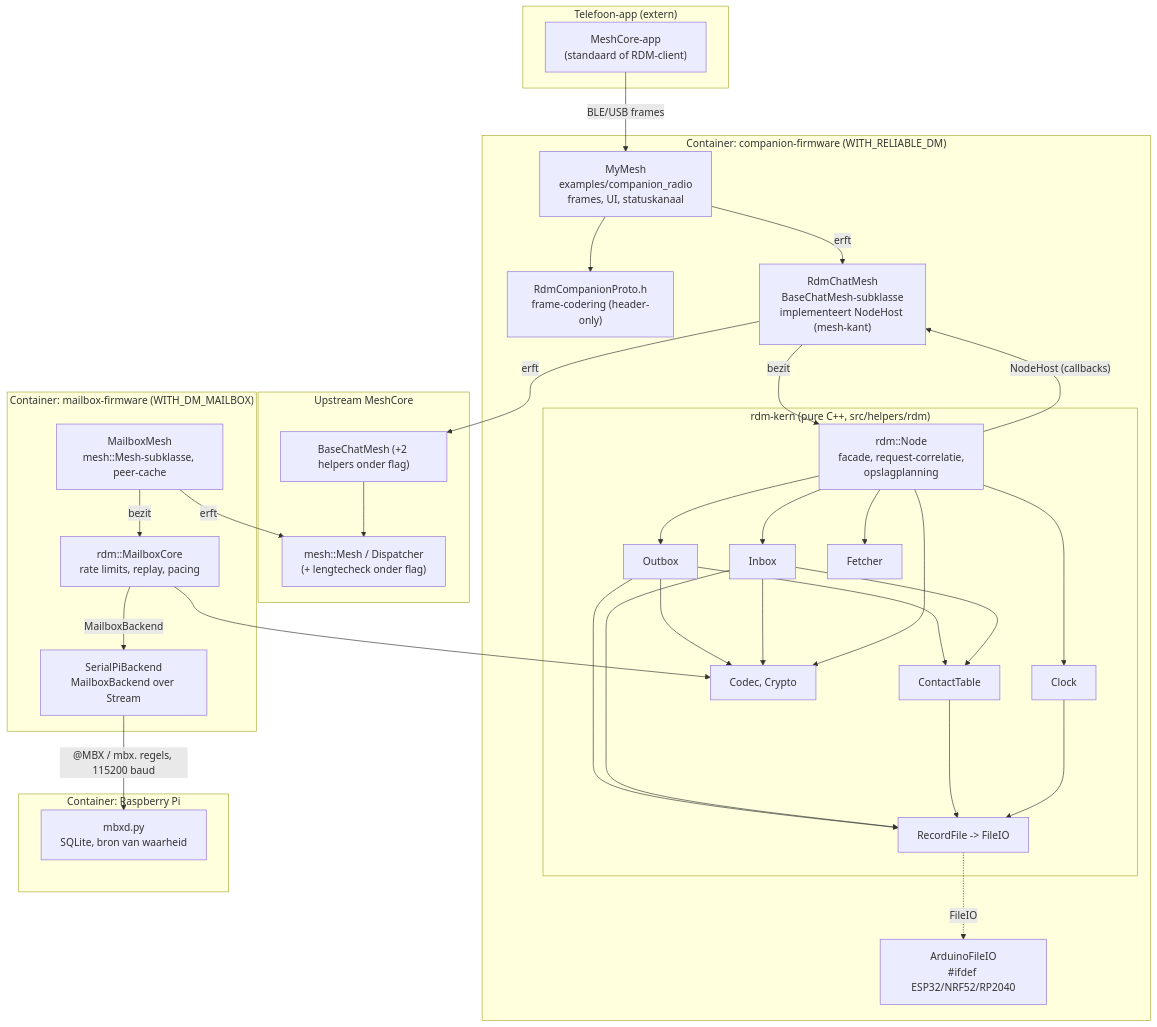
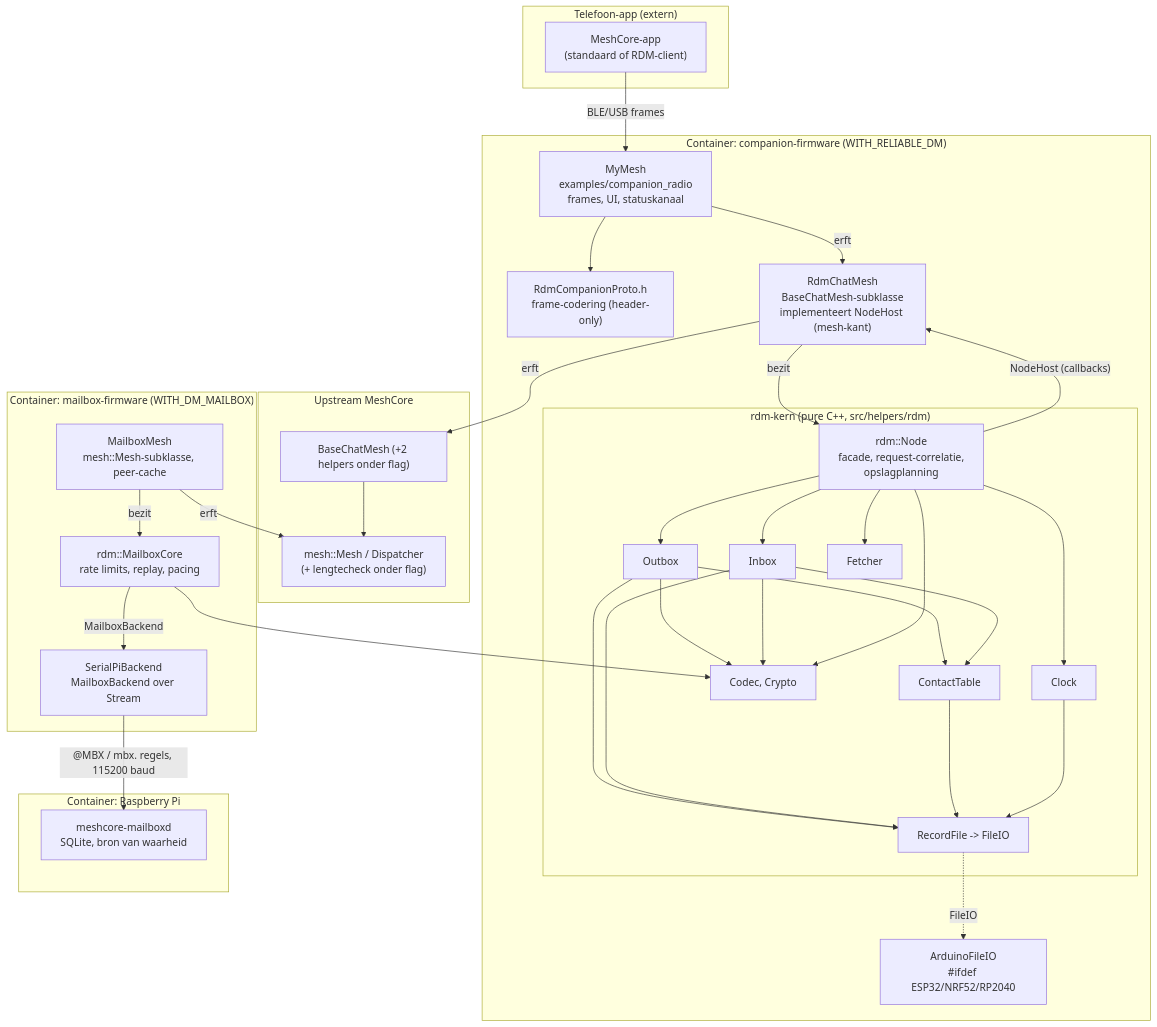
Before and after one commit to NdyGen/MeshCore: the diagram in docs/reliable-dm/09-architectuurreview.md, drawn with Mermaid. The commit also changed other lines of this file and 4 other files, not shown here.

First line of the commit message:
docs(rdm): the mailbox daemon is meshcore-mailboxd

````diff
--- a/docs/reliable-dm/09-architectuurreview.md
+++ b/docs/reliable-dm/09-architectuurreview.md
@@ -17,55 +17,55 @@
 ```mermaid
 flowchart TB
   subgraph phone["Telefoon-app (extern)"]
     APP["MeshCore-app<br/>(standaard of RDM-client)"]
   end
 
   subgraph comp["Container: companion-firmware (WITH_RELIABLE_DM)"]
     MYMESH["MyMesh<br/>examples/companion_radio<br/>frames, UI, statuskanaal"]
     PROTO["RdmCompanionProto.h<br/>frame-codering (header-only)"]
     RCM["RdmChatMesh<br/>BaseChatMesh-subklasse<br/>implementeert NodeHost (mesh-kant)"]
     AFIO["ArduinoFileIO<br/>#ifdef ESP32/NRF52/RP2040"]
     subgraph core["rdm-kern (pure C++, src/helpers/rdm)"]
       NODE["rdm::Node<br/>facade, request-correlatie,<br/>opslagplanning"]
       OB["Outbox"]
       IB["Inbox"]
       FE["Fetcher"]
       CT["ContactTable"]
       CL["Clock"]
       RF["RecordFile -> FileIO"]
       CC["Codec, Crypto"]
     end
   end
 
   subgraph up["Upstream MeshCore"]
     BCM["BaseChatMesh (+2 helpers onder flag)"]
     MESH["mesh::Mesh / Dispatcher<br/>(+ lengtecheck onder flag)"]
   end
 
   subgraph mbxfw["Container: mailbox-firmware (WITH_DM_MAILBOX)"]
     MM["MailboxMesh<br/>mesh::Mesh-subklasse, peer-cache"]
     MC["rdm::MailboxCore<br/>rate limits, replay, pacing"]
     SPB["SerialPiBackend<br/>MailboxBackend over Stream"]
   end
 
   subgraph pi["Container: Raspberry Pi"]
-    MBXD["mbxd.py<br/>SQLite, bron van waarheid"]
+    MBXD["meshcore-mailboxd<br/>SQLite, bron van waarheid"]
   end
 
   APP -- "BLE/USB frames" --> MYMESH
   MYMESH --> PROTO
   MYMESH -- "erft" --> RCM
   RCM -- "erft" --> BCM --> MESH
   RCM -- "bezit" --> NODE
   NODE -- "NodeHost (callbacks)" --> RCM
   NODE --> OB & IB & FE & CL
   OB & IB --> CT
   OB & IB & CT & CL --> RF
   OB & IB & NODE --> CC
   RF -. "FileIO" .-> AFIO
   MM -- "erft" --> MESH
   MM -- "bezit" --> MC
   MC -- "MailboxBackend" --> SPB
   SPB -- "@MBX / mbx. regels, 115200 baud" --> MBXD
   MC --> CC
 ```
````
